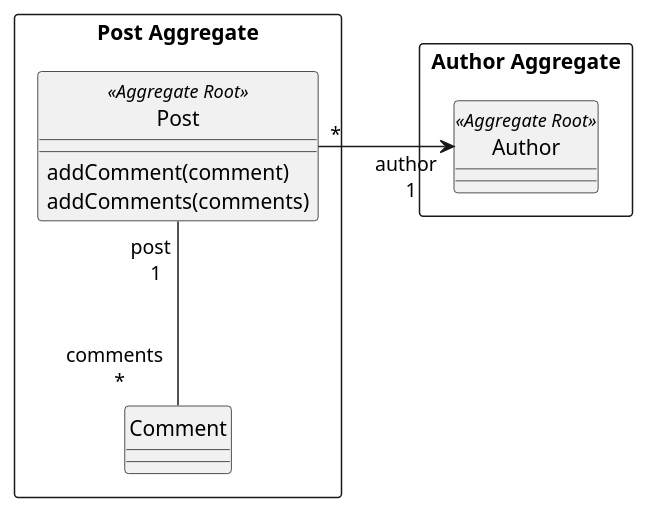
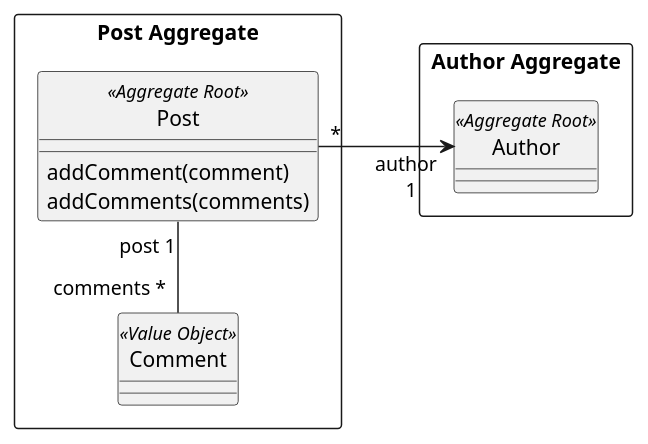
Before and after one commit to AIM-ENE/doex-opdracht-3: the diagram in oefeningen/les-2/voorbereiding/blog-jdbc/klassendiagram.puml, drawn with PlantUML.

Commit message:
Voeg toe Value Object

```diff
--- a/oefeningen/les-2/voorbereiding/blog-jdbc/klassendiagram.puml
+++ b/oefeningen/les-2/voorbereiding/blog-jdbc/klassendiagram.puml
@@ -1,26 +1,26 @@
 @startuml
 
 hide circle
 
 
 rectangle "Post Aggregate" {
 
     class Post <<Aggregate Root>> {
         addComment(comment)
         addComments(comments)
     }
 
-    class Comment {
+    class Comment <<Value Object>> {
     }
 }
 
 rectangle "Author Aggregate" {
 
     class Author <<Aggregate Root>> {
     }
 
 }
-Post "post \n 1" --- "comments \n *" Comment
+Post "post 1" -- "comments *" Comment
 Post "*" -r-> "author \n 1" Author: \t\t
 
 @enduml
```
